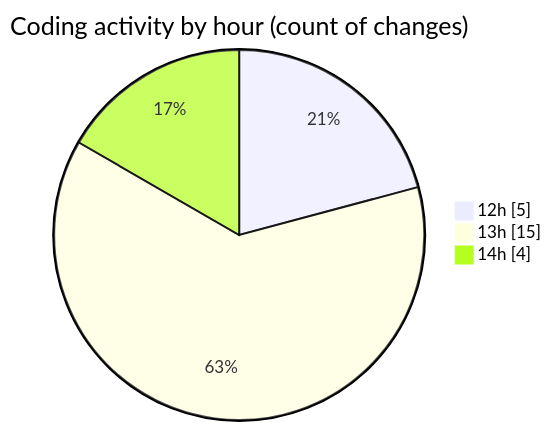
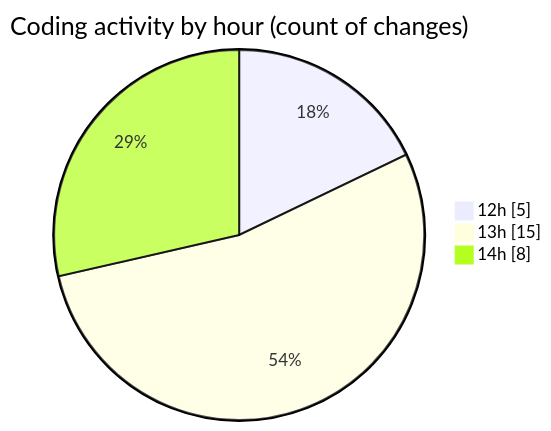
Before and after one commit to ricardozamudiocil/code-tracking: the second of 2 diagrams in 2026-05-22/cilapp/README.md, drawn with Mermaid. The commit also changed other lines of this file and 1 other file, not shown here.

````diff
--- a/2026-05-22/cilapp/README.md
+++ b/2026-05-22/cilapp/README.md
@@ -31,7 +31,7 @@
 ```mermaid
 pie showData
 title Coding activity by hour (count of changes)
 "12h" : 5
 "13h" : 15
-"14h" : 4
+"14h" : 8
 ```
````
